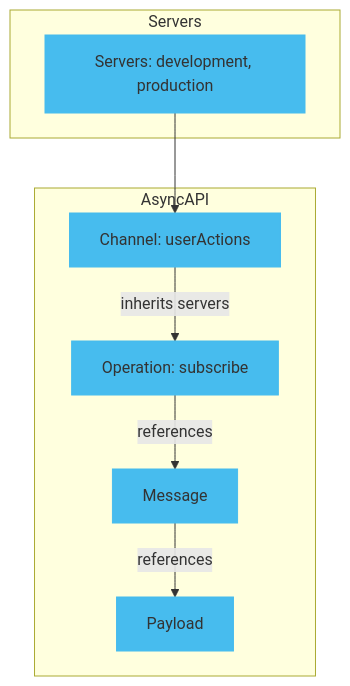
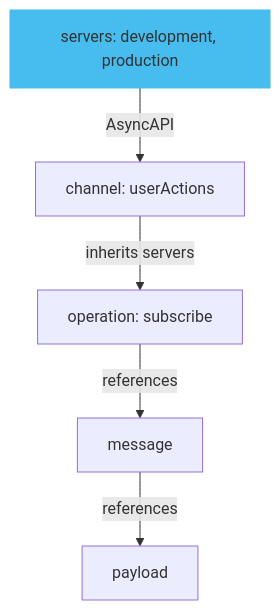
One commit to asyncapi/website changed the diagram in pages/docs/concepts/asyncapi-document/add-server.md. Above: the diagram before and after it, drawn with Mermaid.

````diff
--- a/pages/docs/concepts/asyncapi-document/add-server.md
+++ b/pages/docs/concepts/asyncapi-document/add-server.md
@@ -10,25 +10,15 @@
 ```mermaid
 graph TD
-  subgraph AsyncAPI
-    A[Channel: userActions]
-    B[Operation: subscribe]
-    C[Message]
-    D[Payload]
-  end
+    A[channel: userActions]
+    B[operation: subscribe]
+    C[message]
+    D[payload]
+    SA[servers: development, production]
 
-  subgraph Servers
-    SA[Servers: development, production]
-  end
+style SA fill:#47BCEE,stroke:#47BCEE;
 
-style A fill:#47BCEE,stroke:#47BCEE;
-style B fill:#47BCEE,stroke:#47BCEE;
-style C fill:#47BCEE,stroke:#47BCEE;
-style SA fill:#47BCEE,stroke:#47BCEE;
-style D fill:#47BCEE,stroke:#47BCEE;
-
-  SA --> A
-
+  SA -->|AsyncAPI| A
   A -->|inherits servers| B
   B -->|references| C
   C -->|references| D
 ```
````
